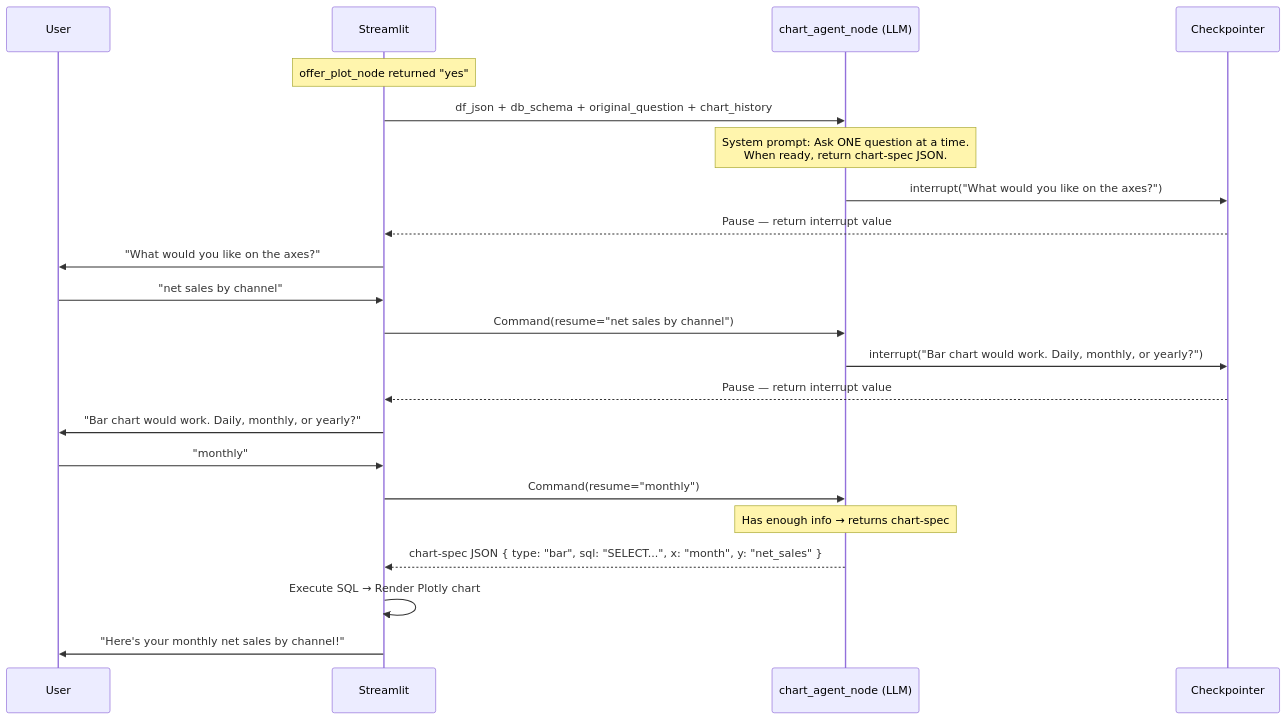
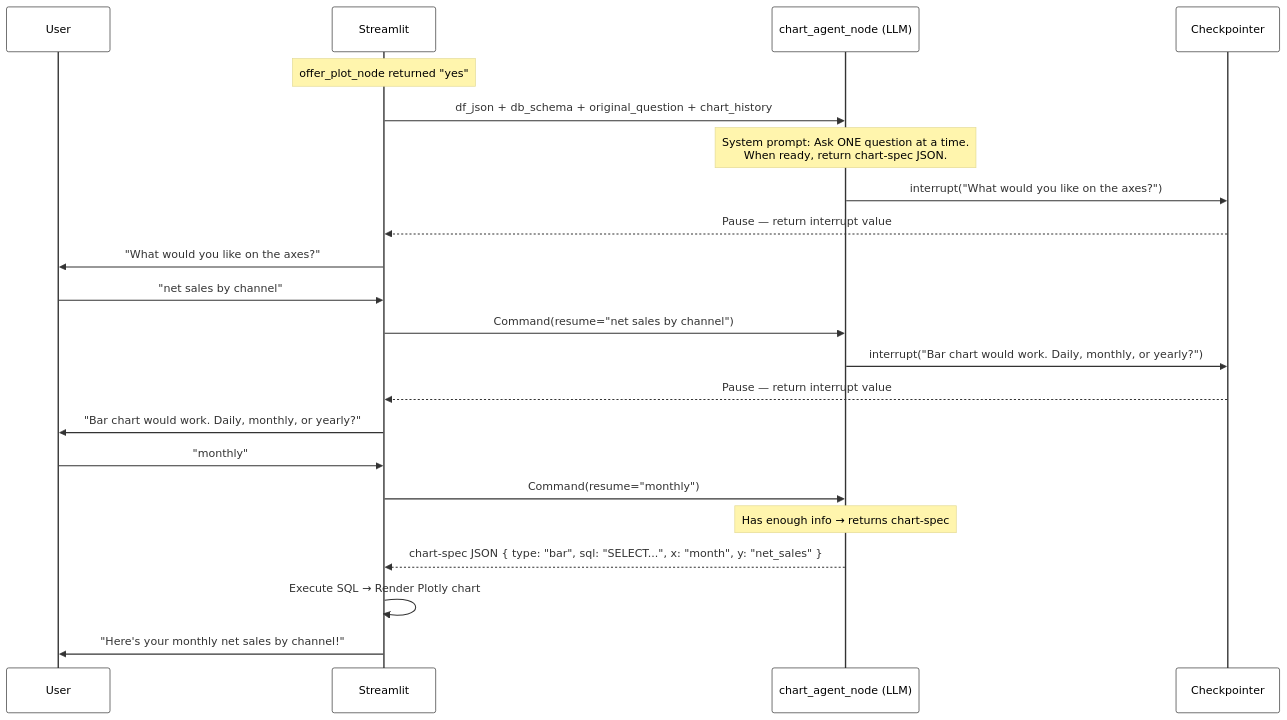
The fifth of 15 diagrams in docs/diagrams/diagrams.md (suryapatnaik1/llm-bi-chat-langgraph), drawn with Mermaid before and after one commit. The commit also changed other lines of this file, not shown here.

Commit message:
color changed for diagrams

````diff
--- a/docs/diagrams/diagrams.md
+++ b/docs/diagrams/diagrams.md
@@ -244,30 +246,31 @@
 ```mermaid
+%%{init: {'theme': 'base', 'themeVariables': {'actorTextColor': '#000000', 'noteTextColor': '#000000', 'loopTextColor': '#000000', 'labelTextColor': '#000000', 'actorBkg': '#ffffff', 'actorBorder': '#333333'}}}%%
 sequenceDiagram
     participant U as User
     participant UI as Streamlit
     participant CA as chart_agent_node (LLM)
     participant CP as Checkpointer
 
     Note over UI: offer_plot_node returned "yes"
 
     UI->>CA: df_json + db_schema + original_question + chart_history
     Note over CA: System prompt: Ask ONE question at a time.<br/>When ready, return chart-spec JSON.
 
     CA->>CP: interrupt("What would you like on the axes?")
     CP-->>UI: Pause — return interrupt value
     UI->>U: "What would you like on the axes?"
     U->>UI: "net sales by channel"
     UI->>CA: Command(resume="net sales by channel")
 
     CA->>CP: interrupt("Bar chart would work. Daily, monthly, or yearly?")
     CP-->>UI: Pause — return interrupt value
     UI->>U: "Bar chart would work. Daily, monthly, or yearly?"
     U->>UI: "monthly"
     UI->>CA: Command(resume="monthly")
 
     Note over CA: Has enough info → returns chart-spec
 
     CA-->>UI: chart-spec JSON { type: "bar", sql: "SELECT...", x: "month", y: "net_sales" }
     UI->>UI: Execute SQL → Render Plotly chart
     UI->>U: "Here's your monthly net sales by channel!"
 ```
````
